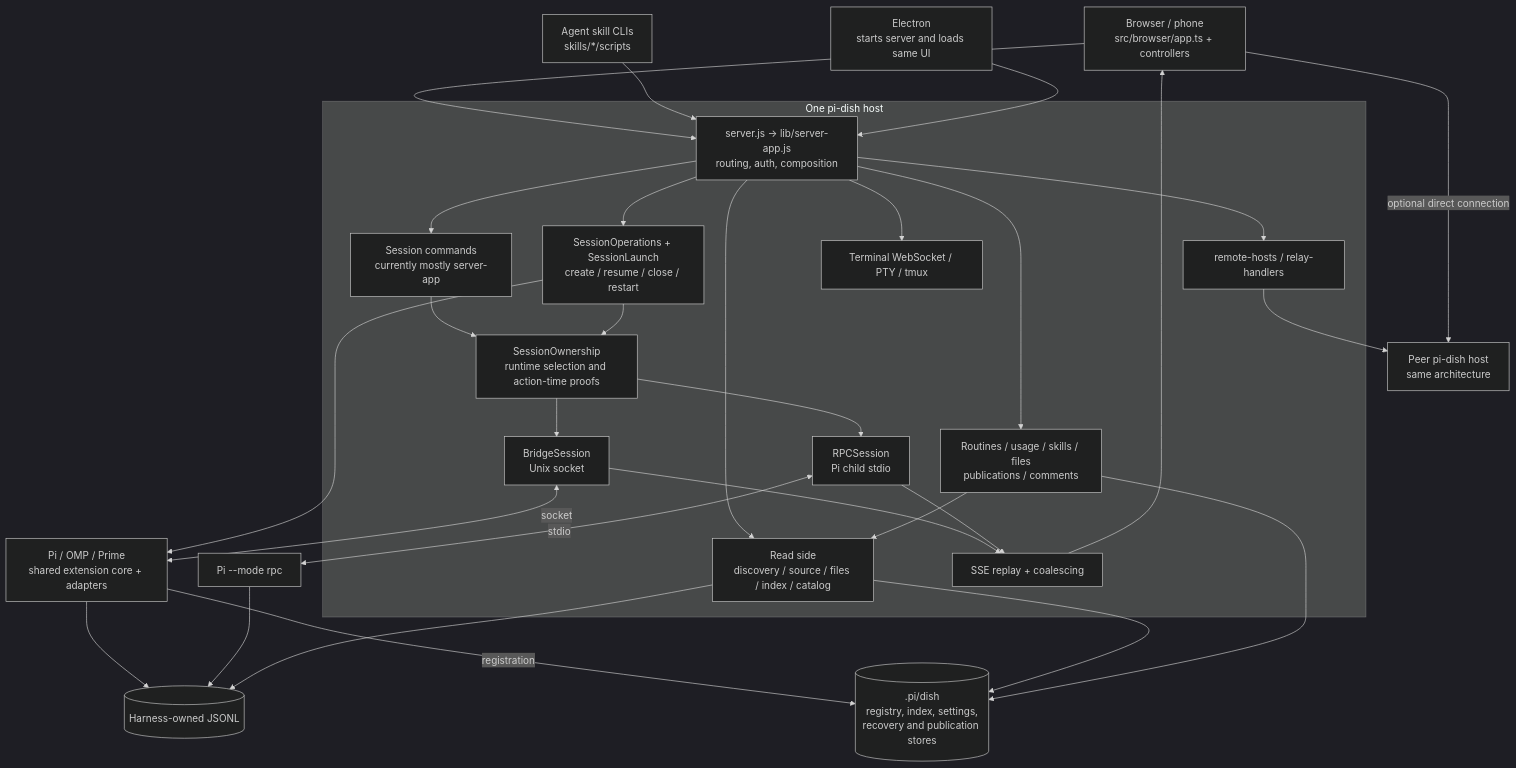
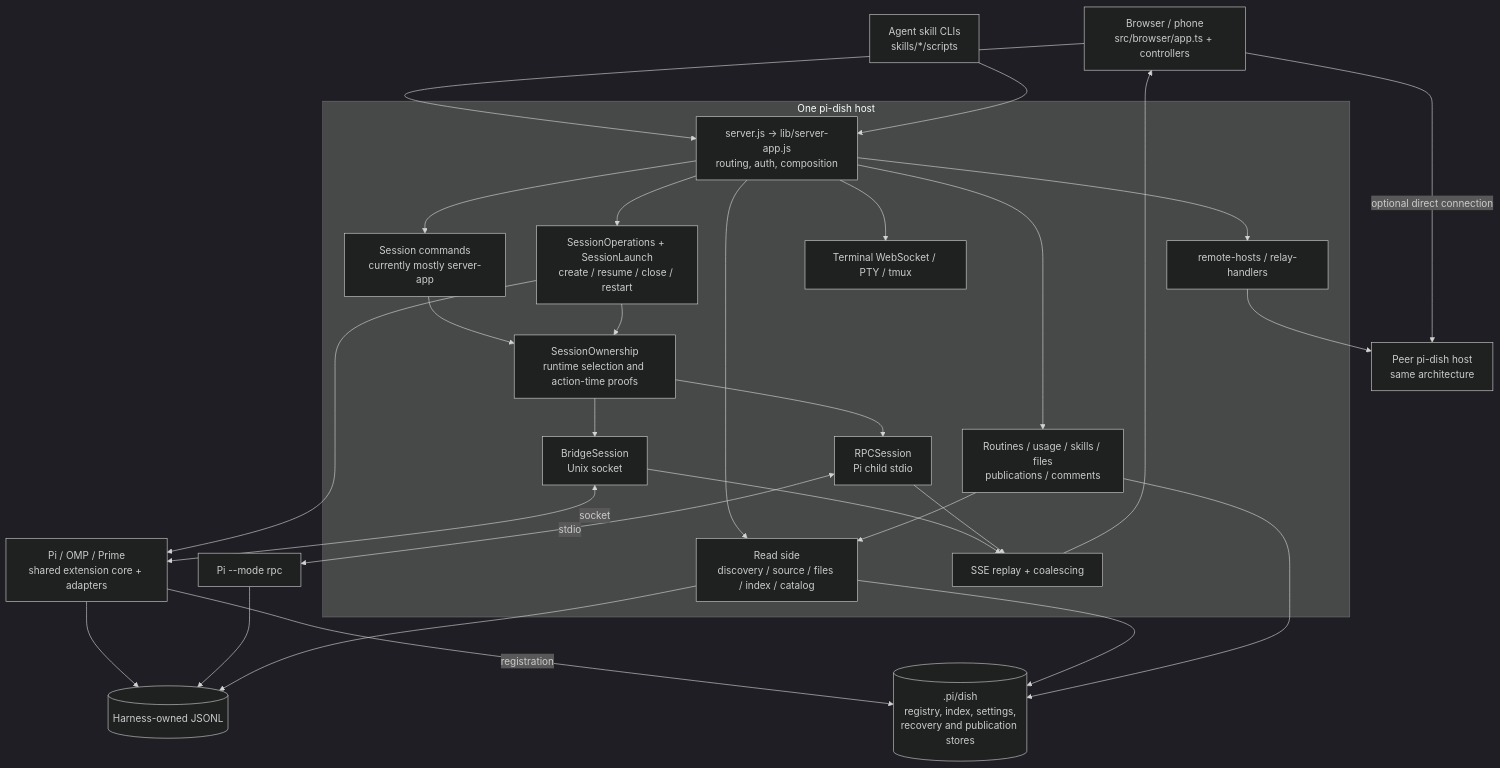
Before and after one commit to MrPink604/pi-dish: the diagram in docs/architecture-simplification-proposal.md, drawn with Mermaid (dark theme). The commit also changed other lines of this file and 29 other files, not shown here.

````diff
--- a/docs/architecture-simplification-proposal.md
+++ b/docs/architecture-simplification-proposal.md
@@ -72,52 +72,50 @@
 ```mermaid
 flowchart TB
     Browser["Browser / phone<br/>src/browser/app.ts + controllers"]
     CLI["Agent skill CLIs<br/>skills/*/scripts"]
-    Electron["Electron<br/>starts server and loads same UI"]
     subgraph Host["One pi-dish host"]
         App["server.js → lib/server-app.js<br/>routing, auth, composition"]
         Read["Read side<br/>discovery / source / files / index / catalog"]
         Commands["Session commands<br/>currently mostly server-app"]
         Ops["SessionOperations + SessionLaunch<br/>create / resume / close / restart"]
         Own["SessionOwnership<br/>runtime selection and action-time proofs"]
         Bridge["BridgeSession<br/>Unix socket"]
         RPC["RPCSession<br/>Pi child stdio"]
         SSE["SSE replay + coalescing"]
         Features["Routines / usage / skills / files<br/>publications / comments"]
         Relay["remote-hosts / relay-handlers"]
         Terminal["Terminal WebSocket / PTY / tmux"]
     end
     Agents["Pi / OMP / Prime<br/>shared extension core + adapters"]
     PiRPC["Pi --mode rpc"]
     JSONL[("Harness-owned JSONL")]
     Stores[(".pi/dish<br/>registry, index, settings,<br/>recovery and publication stores")]
     Peer["Peer pi-dish host<br/>same architecture"]
     Browser --> App
     CLI --> App
-    Electron --> App
     App --> Read
     App --> Commands
     App --> Ops
     Commands --> Own
     Ops --> Own
     Ops --> Agents
     Own --> Bridge
     Own --> RPC
     Bridge <-->|socket| Agents
     RPC <-->|stdio| PiRPC
     Agents --> JSONL
     PiRPC --> JSONL
     Agents -->|registration| Stores
     Read --> JSONL
     Read --> Stores
     App --> Features
     Features --> Read
     Features --> Stores
     Bridge --> SSE
     RPC --> SSE
     SSE --> Browser
     App --> Terminal
     App --> Relay
     Relay --> Peer
     Browser -->|optional direct connection| Peer
 ```
````
